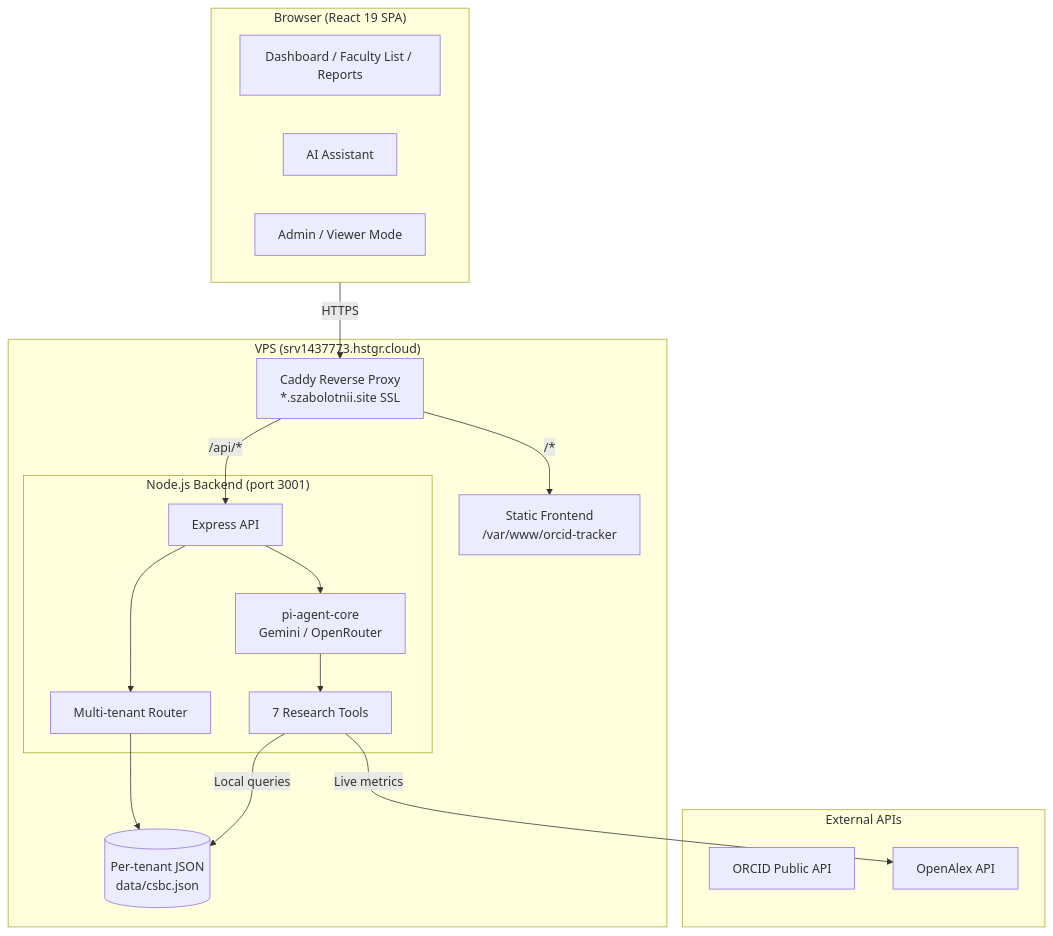
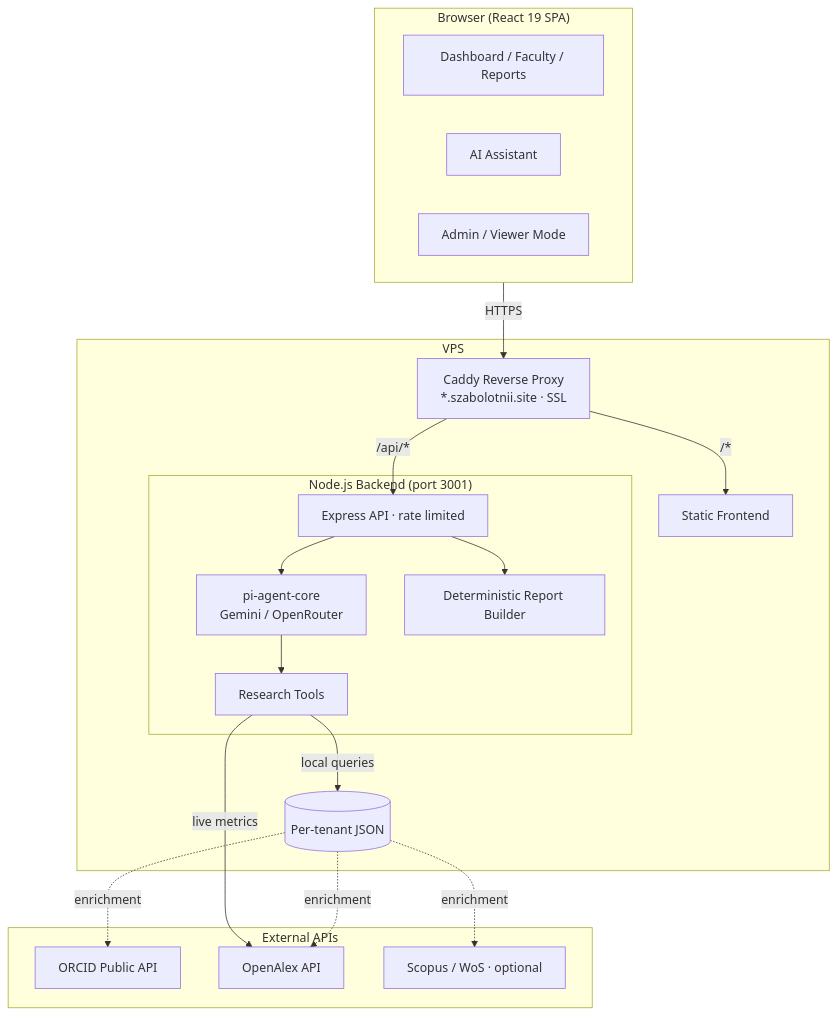
The first of 4 diagrams in README.md (SZabolotnii/ORCID-OpenAlex-Research-Aggregator), drawn with Mermaid before and after one commit. The commit also changed other lines of this file, not shown here.

````diff
--- a/README.md
+++ b/README.md
@@ -48,35 +79,35 @@
 ```mermaid
 graph TB
     subgraph Browser["Browser (React 19 SPA)"]
-        UI[Dashboard / Faculty List / Reports]
+        UI[Dashboard / Faculty / Reports]
         Chat[AI Assistant]
         Auth[Admin / Viewer Mode]
     end
 
-    subgraph VPS["VPS (srv1437773.hstgr.cloud)"]
-        Caddy[Caddy Reverse Proxy<br/>*.szabolotnii.site SSL]
+    subgraph VPS["VPS"]
+        Caddy[Caddy Reverse Proxy<br/>*.szabolotnii.site · SSL]
         subgraph Backend["Node.js Backend (port 3001)"]
-            API[Express API]
+            API[Express API · rate limited]
             Agent["pi-agent-core<br/>Gemini / OpenRouter"]
-            Tools["7 Research Tools"]
-            Tenants[Multi-tenant Router]
+            Tools["Research Tools"]
+            Report["Deterministic Report Builder"]
         end
-        Data[(Per-tenant JSON<br/>data/csbc.json)]
-        Static[Static Frontend<br/>/var/www/orcid-tracker]
+        Data[(Per-tenant JSON)]
+        Static[Static Frontend]
     end
 
     subgraph External["External APIs"]
         ORCID[ORCID Public API]
         OA[OpenAlex API]
+        SC[Scopus / WoS · optional]
     end
 
     Browser -->|HTTPS| Caddy
     Caddy -->|/api/*| API
     Caddy -->|/*| Static
-    API --> Agent
-    Agent --> Tools
-    API --> Tenants
-    Tenants --> Data
-    Tools -->|Live metrics| OA
-    Tools -->|Local queries| Data
+    API --> Agent --> Tools
+    API --> Report
+    Tools -->|live metrics| OA
+    Tools -->|local queries| Data
+    Data -.enrichment.-> ORCID & OA & SC
 ```
````
